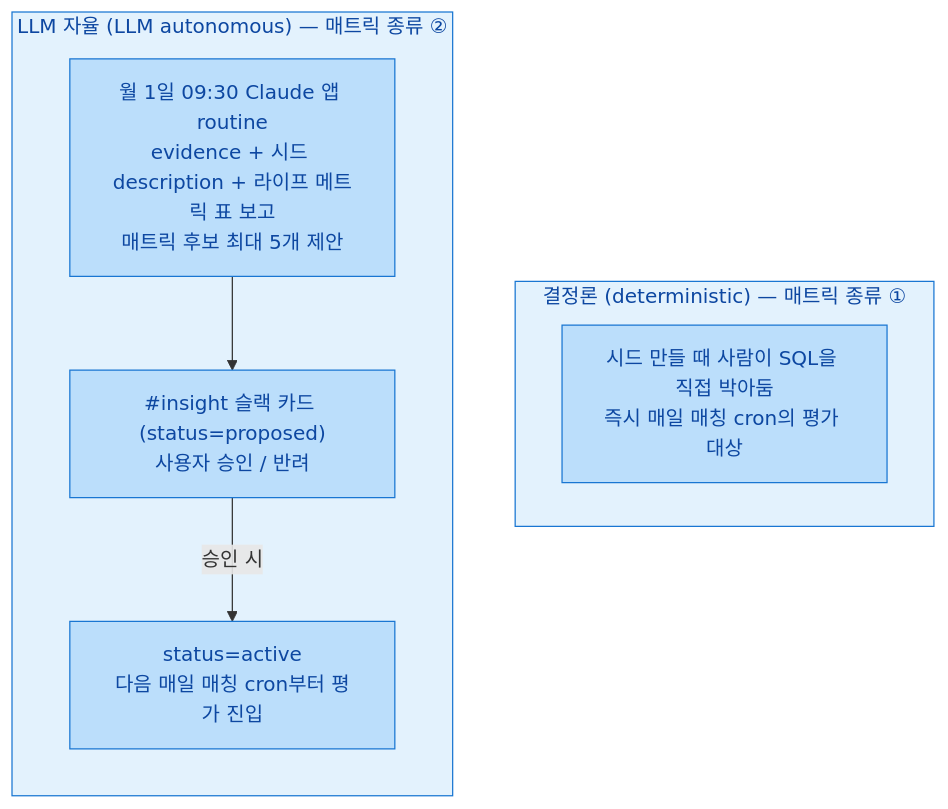
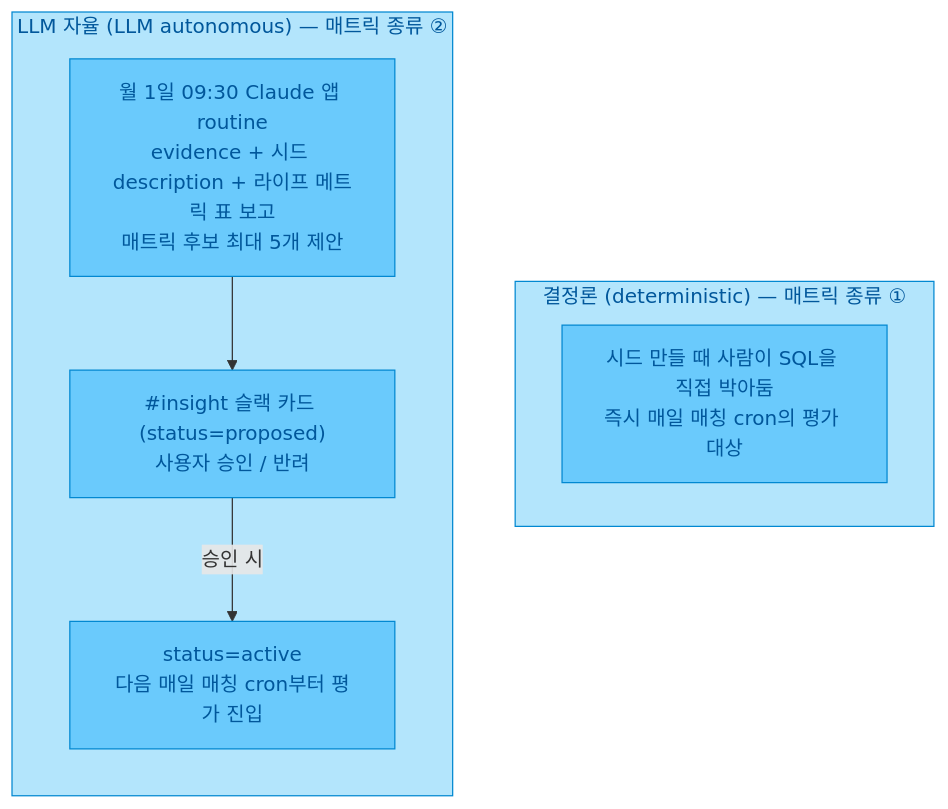
One commit to hyewon3938/slack-ai-agents changed the eighth of 9 diagrams in docs/explainers/insight-v2.md. Above: the diagram before and after it, drawn with Mermaid. The commit also changed other lines of this file, not shown here.

````diff
--- a/docs/explainers/insight-v2.md
+++ b/docs/explainers/insight-v2.md
@@ -383,20 +384,20 @@
 ```mermaid
 flowchart TB
   subgraph DET["결정론 (deterministic) — 매트릭 종류 ①"]
     DET1["시드 만들 때 사람이 SQL을 직접 박아둠<br/>즉시 매일 매칭 cron의 평가 대상"]
   end
 
   subgraph LLM["LLM 자율 (LLM autonomous) — 매트릭 종류 ②"]
     direction TB
     L1["월 1일 09:30 Claude 앱 routine<br/>evidence + 시드 description + 라이프 메트릭 표 보고<br/>매트릭 후보 최대 5개 제안"]
     L2["#insight 슬랙 카드 (status=proposed)<br/>사용자 승인 / 반려"]
     L3["status=active<br/>다음 매일 매칭 cron부터 평가 진입"]
     L1 --> L2
     L2 -- 승인 시 --> L3
   end
 
-  classDef metricBox fill:#e3f2fd,stroke:#1976d2,color:#0d47a1
-  classDef metricNode fill:#bbdefb,stroke:#1976d2,color:#0d47a1
+  classDef metricBox fill:#B3E5FC,stroke:#0288d1,color:#01579b
+  classDef metricNode fill:#6ACAFC,stroke:#0288d1,color:#01579b
   class DET,LLM metricBox
   class DET1,L1,L2,L3 metricNode
 ```
````
